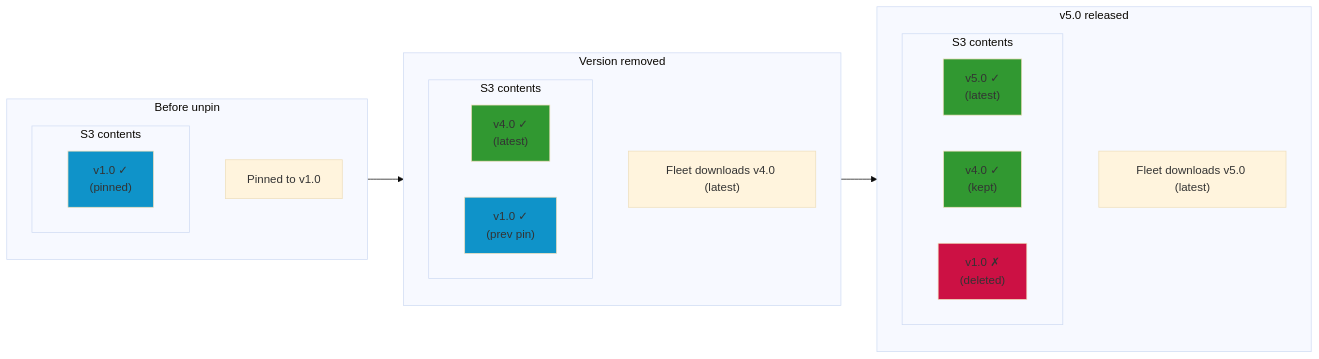
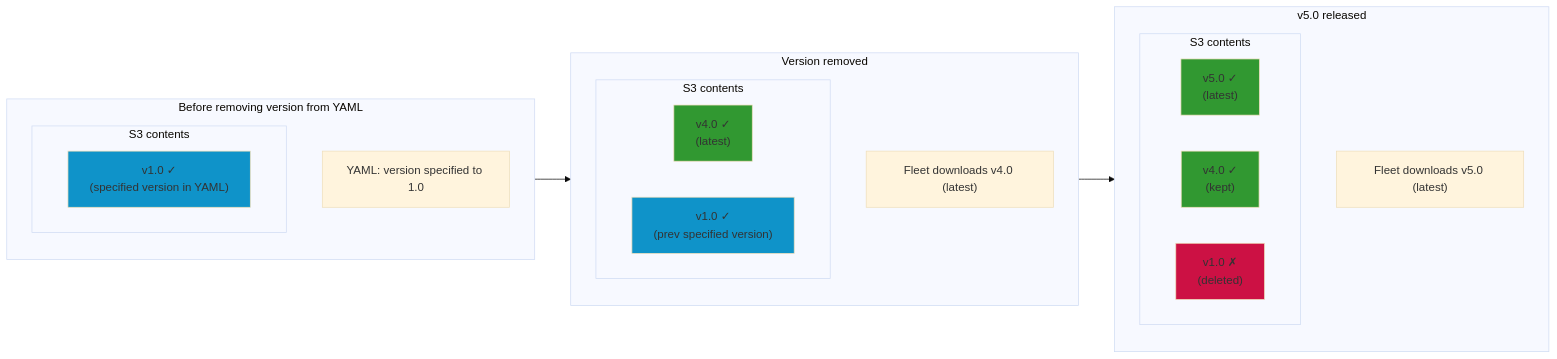
The third of 4 diagrams in docs/Contributing/product-groups/software/rollback-fleet-maintained-app-version.md (fleetdm/fleet), drawn with Mermaid (base theme) before and after one commit. The commit also changed other lines of this file, not shown here.

````diff
--- a/docs/Contributing/product-groups/software/rollback-fleet-maintained-app-version.md
+++ b/docs/Contributing/product-groups/software/rollback-fleet-maintained-app-version.md
@@ -101,38 +101,38 @@
 ```mermaid
 flowchart LR
-    subgraph T1["Before unpin"]
+    subgraph T1["Before removing version from YAML"]
         direction TB
-        S1_title["Pinned to v1.0"]
+        S1_title["YAML: version specified to 1.0"]
         subgraph S1["S3 contents"]
-            S1_v1["v1.0 ✓<br/>(pinned)"]
+            S1_v1["v1.0 ✓<br/>(specified version in YAML)"]
         end
     end
 
     subgraph T2["Version removed"]
         direction TB
         S2_title["Fleet downloads v4.0 (latest)"]
         subgraph S2["S3 contents"]
             S2_v4["v4.0 ✓<br/>(latest)"]
-            S2_v1["v1.0 ✓<br/>(prev pin)"]
+            S2_v1["v1.0 ✓<br/>(prev specified version)"]
         end
     end
 
     subgraph T3["v5.0 released"]
         direction TB
         S3_title["Fleet downloads v5.0 (latest)"]
         subgraph S3["S3 contents"]
             S3_v5["v5.0 ✓<br/>(latest)"]
             S3_v4["v4.0 ✓<br/>(kept)"]
             S3_v1["v1.0 ✗<br/>(deleted)"]
         end
     end
 
     T1 --> T2 --> T3
 
     style S1_v1 fill:#0F93C9
     style S2_v4 fill:#319831
     style S2_v1 fill:#0F93C9
     style S3_v5 fill:#319831
     style S3_v4 fill:#319831
     style S3_v1 fill:#CC1144
 ```
````
